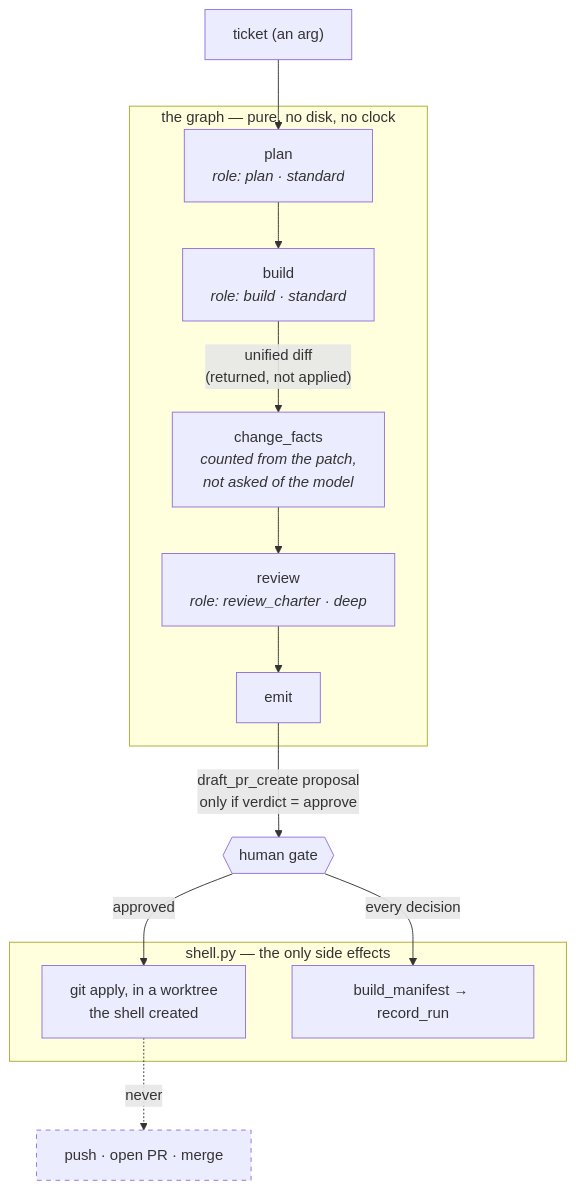
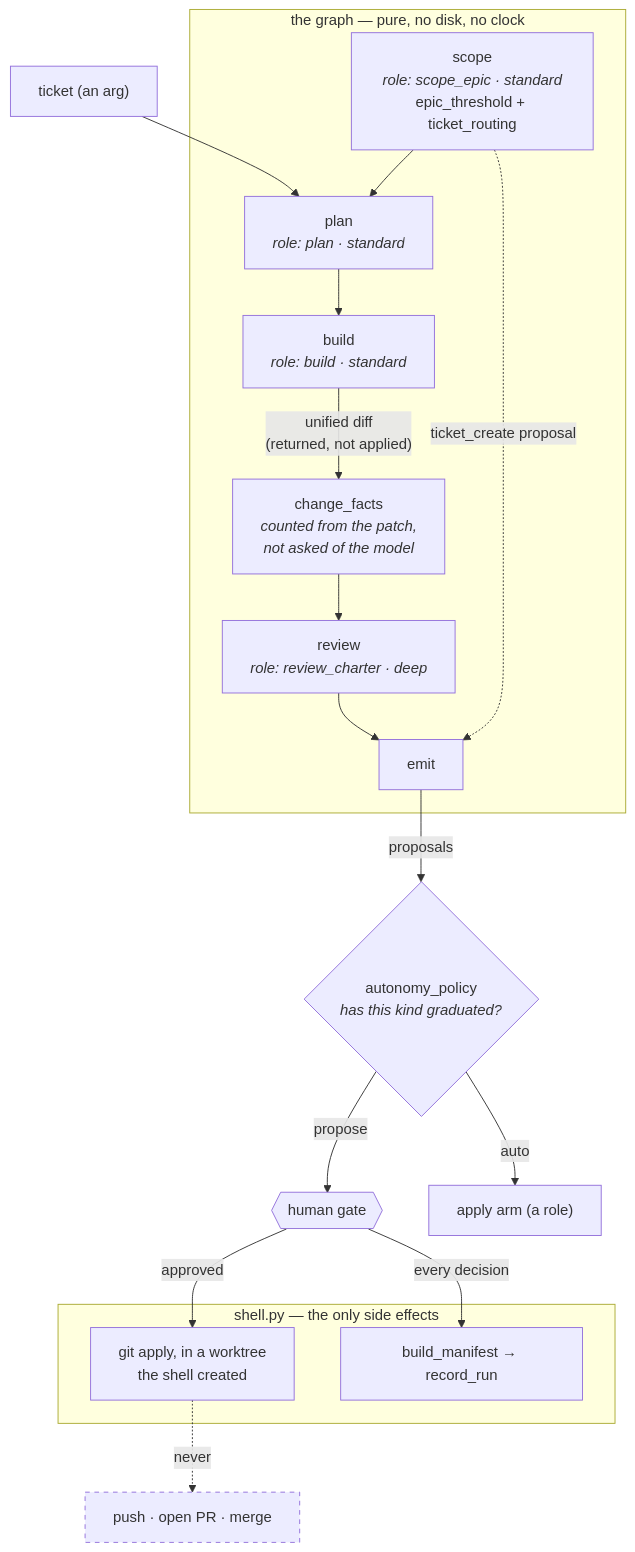
One commit to ppfenning/coxswain-graphs changed the diagram in graphs/lifecycle-propose.md. Above: the diagram before and after it, drawn with Mermaid. The commit also changed other lines of this file and 17 other files, not shown here.

First line of the commit message:
Wire the autonomy loop, and close the epic and runbook feedback gaps

````diff
--- a/graphs/lifecycle-propose.md
+++ b/graphs/lifecycle-propose.md
@@ -20,31 +28,36 @@
 ```mermaid
 flowchart TB
     TICKET["ticket (an arg)"] --> PLAN
 
     subgraph GRAPH["the graph — pure, no disk, no clock"]
+        SCOPE["scope<br/><i>role: scope_epic · standard</i><br/>epic_threshold + ticket_routing"]
         PLAN["plan<br/><i>role: plan · standard</i>"]
         BUILD["build<br/><i>role: build · standard</i>"]
         REVIEW["review<br/><i>role: review_charter · deep</i>"]
         FACTS["change_facts<br/><i>counted from the patch,<br/>not asked of the model</i>"]
         EMIT["emit"]
 
+        SCOPE --> PLAN
         PLAN --> BUILD
         BUILD -- "unified diff<br/>(returned, not applied)" --> FACTS
         FACTS --> REVIEW
         REVIEW --> EMIT
+        SCOPE -. "ticket_create proposal" .-> EMIT
     end
 
-    EMIT -- "draft_pr_create proposal<br/>only if verdict = approve" --> GATE{{"human gate"}}
+    EMIT -- "proposals" --> POLICY{"autonomy_policy<br/><i>has this kind graduated?</i>"}
+    POLICY -- "propose" --> GATE{{"human gate"}}
+    POLICY -- "auto" --> ARM["apply arm (a role)"]
 
     subgraph SHELL["shell.py — the only side effects"]
         APPLY["git apply, in a worktree<br/>the shell created"]
         RECORD["build_manifest → record_run"]
     end
 
     GATE -- "approved" --> APPLY
     GATE -- "every decision" --> RECORD
 
     APPLY -.->|"never"| PUSH["push · open PR · merge"]
 
     style PUSH stroke-dasharray: 5 5
 ```
````
